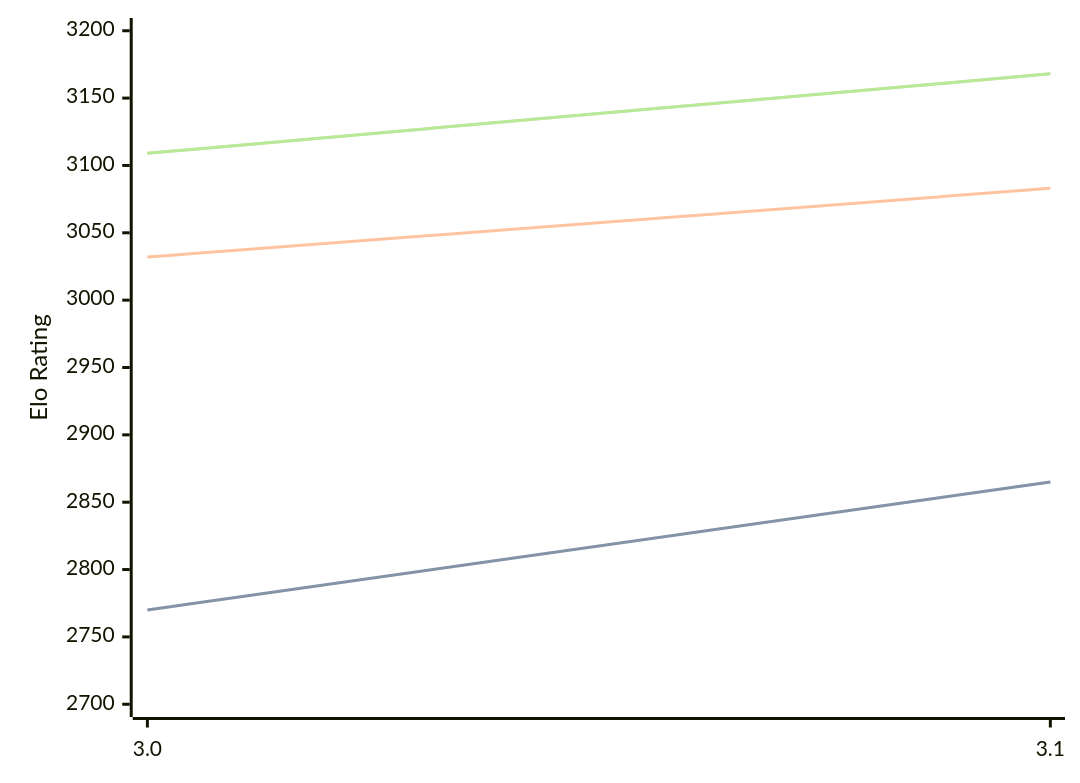
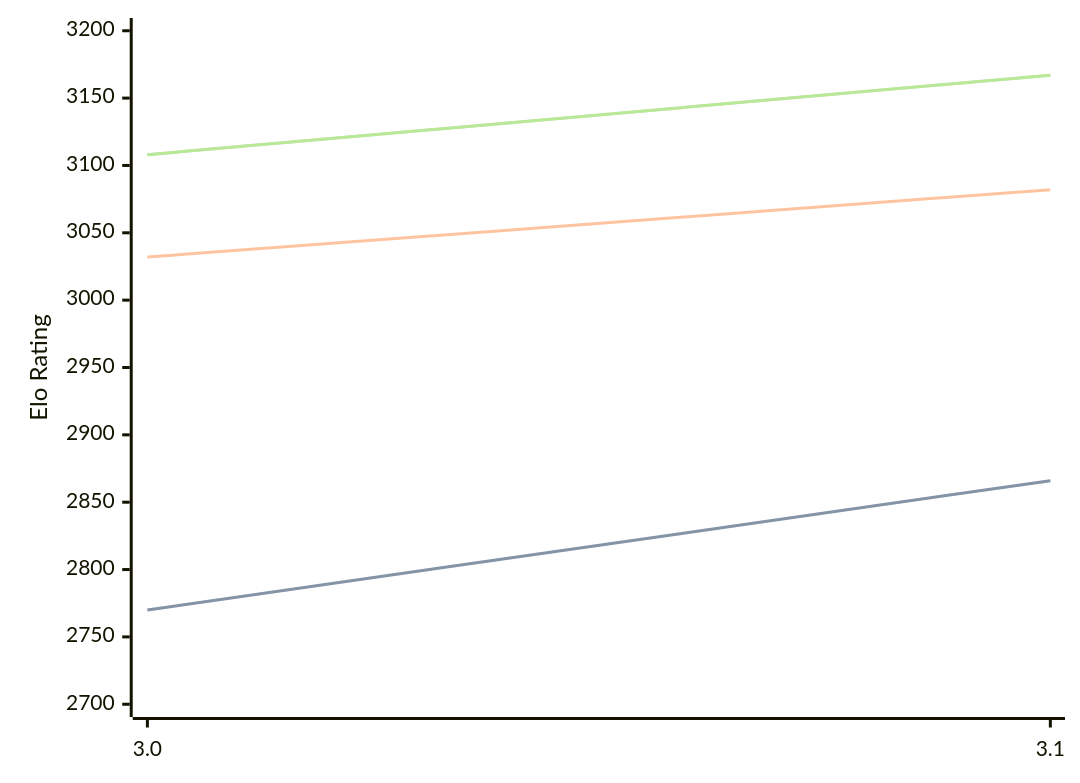
The diagram in engines/Vajolet2.md (computer-chess-index/cci), drawn with Mermaid before and after one commit. The commit also changed other lines of this file, not shown here.

Commit message:
Update CCI Ratings (ELO VLTC) - 2026-04-20

````diff
--- a/engines/Vajolet2.md
+++ b/engines/Vajolet2.md
@@ -40,11 +40,11 @@
 ```mermaid
 %%{init: {"theme":"base","themeVariables":{"seriesColors:['#a3a3a3','#222221','#faa371']}}}%%
 xychart-beta
   x-axis ["3.0", "3.1"]
   y-axis "Elo Rating" 2700 --> 3200
-  line "STC (8.0+0.08s)" [2770, 2865]
-  line "STC (8.0+0.08s)" [2770, 2865]
-  line "LTC (60.0+0.60s)" [3032, 3083]
-  line "VLTC (2m24s+1.12s)" [3109, 3168]
-  line "VLTC (2m24s+1.12s)" [3109, 3168]
+  line "STC (8.0+0.08s)" [2770, 2866]
+  line "STC (8.0+0.08s)" [2770, 2866]
+  line "LTC (60.0+0.60s)" [3032, 3082]
+  line "VLTC (2m24s+1.12s)" [3108, 3167]
+  line "VLTC (2m24s+1.12s)" [3108, 3167]
 ```
````
